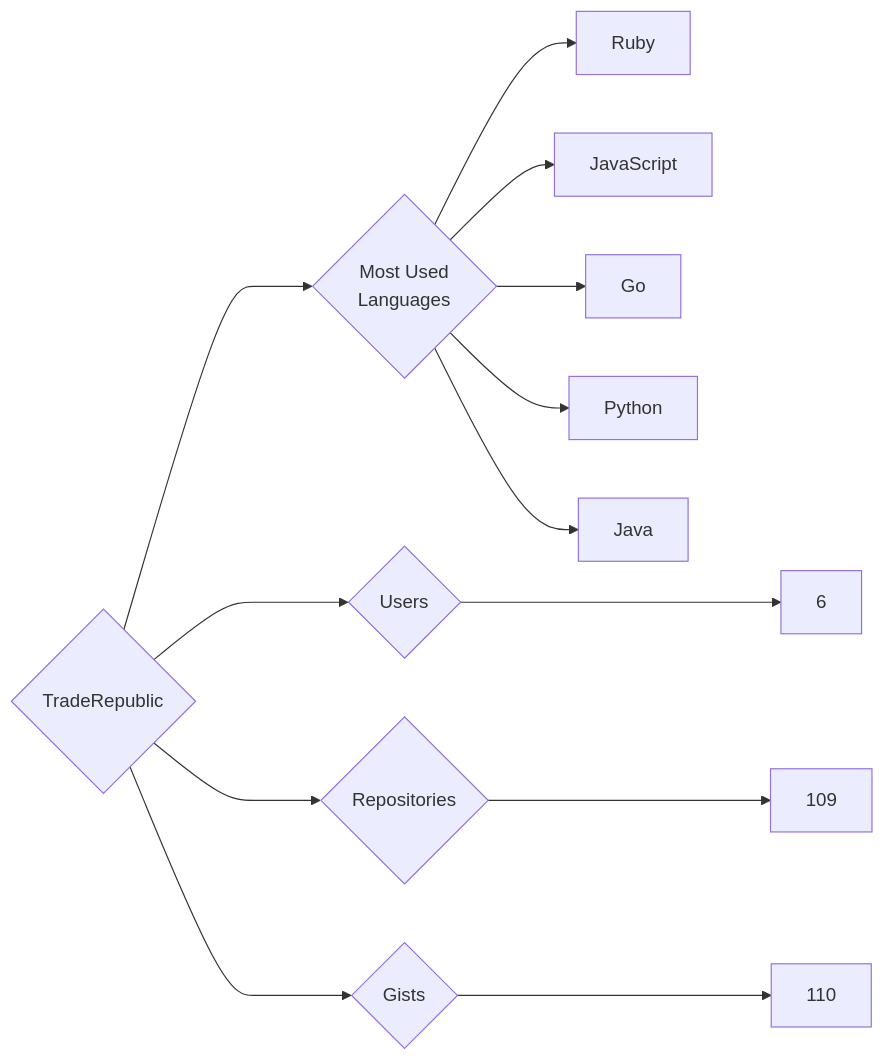
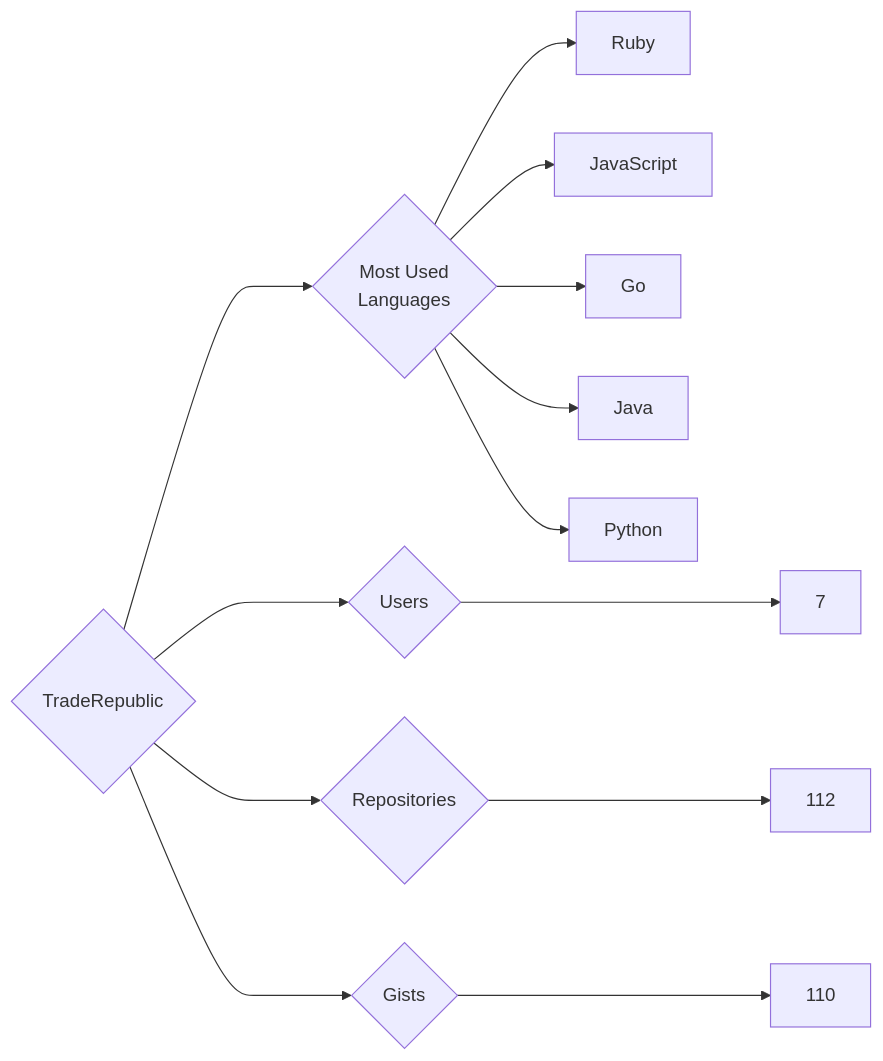
The diagram in targets/TradeRepublic/README.md (trickest/insiders), drawn with Mermaid before and after one commit. The commit also changed 796 other files, not shown here.

````diff
--- a/targets/TradeRepublic/README.md
+++ b/targets/TradeRepublic/README.md
@@ -3,13 +3,13 @@
 ```mermaid
 graph LR
 COMPANY_NAME{TradeRepublic}
-COMPANY_NAME ---> U{Users} ---> UN[6]
-COMPANY_NAME ---> R{Repositories} ---> RN[109]
+COMPANY_NAME ---> U{Users} ---> UN[7]
+COMPANY_NAME ---> R{Repositories} ---> RN[112]
 COMPANY_NAME ---> G{Gists} ---> GN[110]
 COMPANY_NAME ---> ML{Most Used<br>Languages}
 ML --> Ruby[Ruby]
 ML --> JavaScript[JavaScript]
 ML --> Go[Go]
+ML --> Java[Java]
 ML --> Python[Python]
-ML --> Java[Java]
 ```
````
